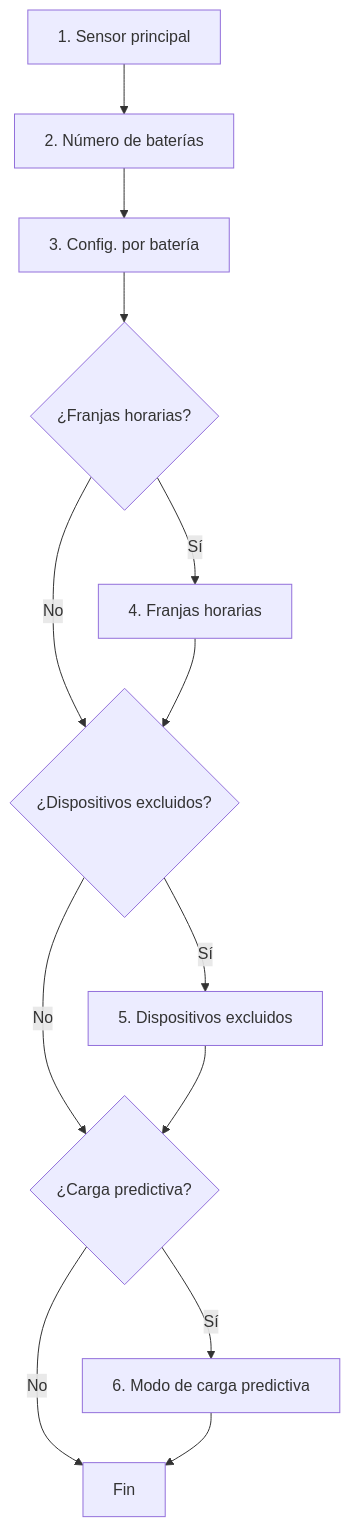
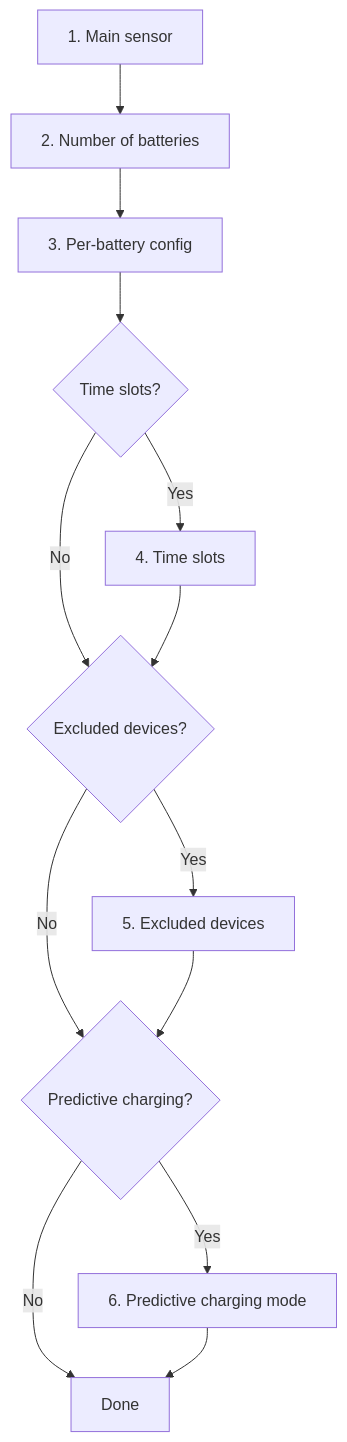
The diagram in site-docs/configuration/index.md (ffunes/Marstek-Venus-Energy-Manager), drawn with Mermaid before and after one commit. The commit also changed other lines of this file and 70 other files, not shown here.

````diff
--- a/site-docs/configuration/index.md
+++ b/site-docs/configuration/index.md
@@ -7,15 +7,15 @@
 ```mermaid
 flowchart TD
-    A[1. Sensor principal] --> B[2. Número de baterías]
-    B --> C[3. Config. por batería]
-    C --> D{¿Franjas horarias?}
-    D -- Sí --> E[4. Franjas horarias]
+    A[1. Main sensor] --> B[2. Number of batteries]
+    B --> C[3. Per-battery config]
+    C --> D{Time slots?}
+    D -- Yes --> E[4. Time slots]
     D -- No --> F
-    E --> F{¿Dispositivos excluidos?}
-    F -- Sí --> G[5. Dispositivos excluidos]
+    E --> F{Excluded devices?}
+    F -- Yes --> G[5. Excluded devices]
     F -- No --> H
-    G --> H{¿Carga predictiva?}
-    H -- Sí --> I[6. Modo de carga predictiva]
-    H -- No --> J[Fin]
+    G --> H{Predictive charging?}
+    H -- Yes --> I[6. Predictive charging mode]
+    H -- No --> J[Done]
     I --> J
 ```
````
